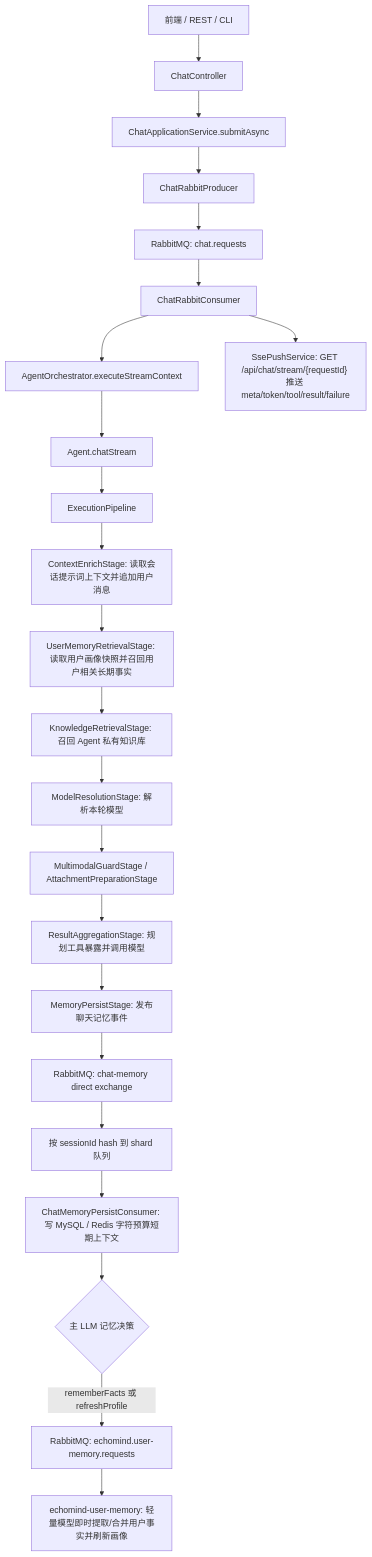
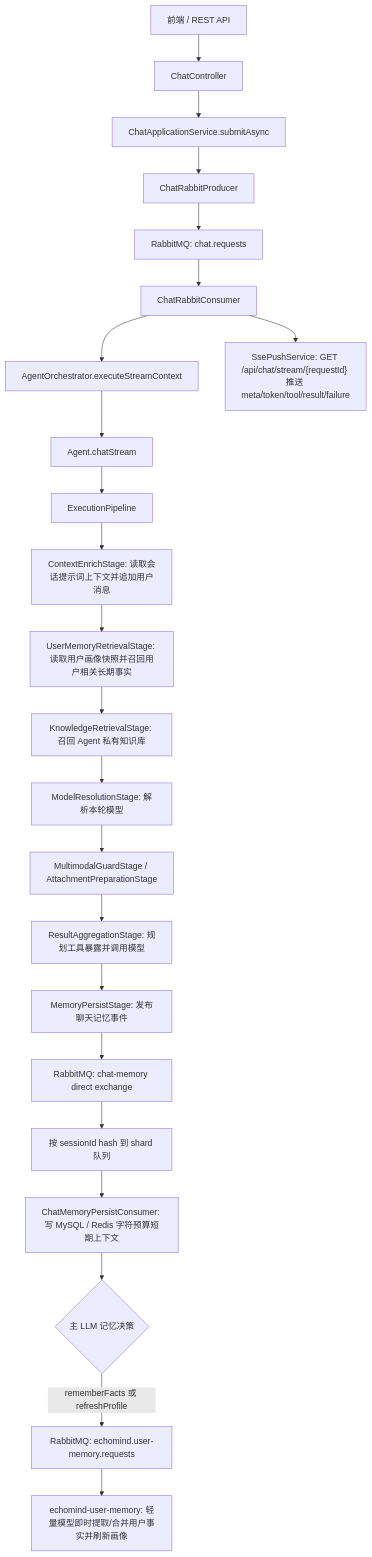
The third of 5 diagrams in README.md (kaiyue-ai/EchoMind), drawn with Mermaid before and after one commit. The commit also changed other lines of this file and 118 other files, not shown here.

````diff
--- a/README.md
+++ b/README.md
@@ -168,25 +168,25 @@
 ```mermaid
 flowchart TD
-    A["前端 / REST / CLI"] --> B["ChatController"]
+    A["前端 / REST API"] --> B["ChatController"]
     B --> E["ChatApplicationService.submitAsync"]
     E --> F0["ChatRabbitProducer"]
     F0 --> F["RabbitMQ: chat.requests"]
     F --> G["ChatRabbitConsumer"]
     G --> H["AgentOrchestrator.executeStreamContext"]
     H --> J["Agent.chatStream"]
     J --> K["ExecutionPipeline"]
     K --> L["ContextEnrichStage: 读取会话提示词上下文并追加用户消息"]
     L --> U["UserMemoryRetrievalStage: 读取用户画像快照并召回用户相关长期事实"]
     U --> N["KnowledgeRetrievalStage: 召回 Agent 私有知识库"]
     N --> M["ModelResolutionStage: 解析本轮模型"]
     M --> MM["MultimodalGuardStage / AttachmentPreparationStage"]
     MM --> O["ResultAggregationStage: 规划工具暴露并调用模型"]
     O --> P["MemoryPersistStage: 发布聊天记忆事件"]
     P --> V["RabbitMQ: chat-memory direct exchange"]
     V --> W["按 sessionId hash 到 shard 队列"]
     W --> X["ChatMemoryPersistConsumer: 写 MySQL / Redis 字符预算短期上下文"]
     X --> R{"主 LLM 记忆决策"}
     R -->|"rememberFacts 或 refreshProfile"| S["RabbitMQ: echomind.user-memory.requests"]
     S --> Y["echomind-user-memory: 轻量模型即时提取/合并用户事实并刷新画像"]
     G --> Q["SsePushService: GET /api/chat/stream/{requestId} 推送 meta/token/tool/result/failure"]
 ```
````
